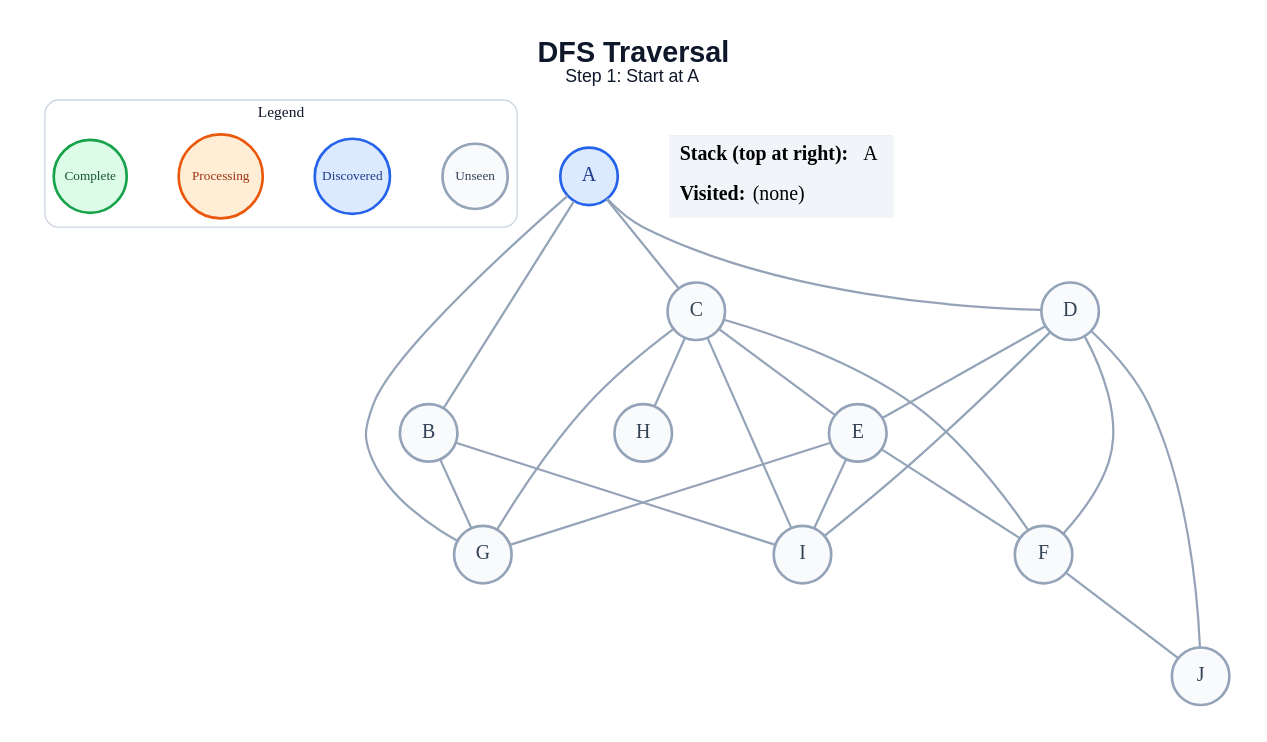
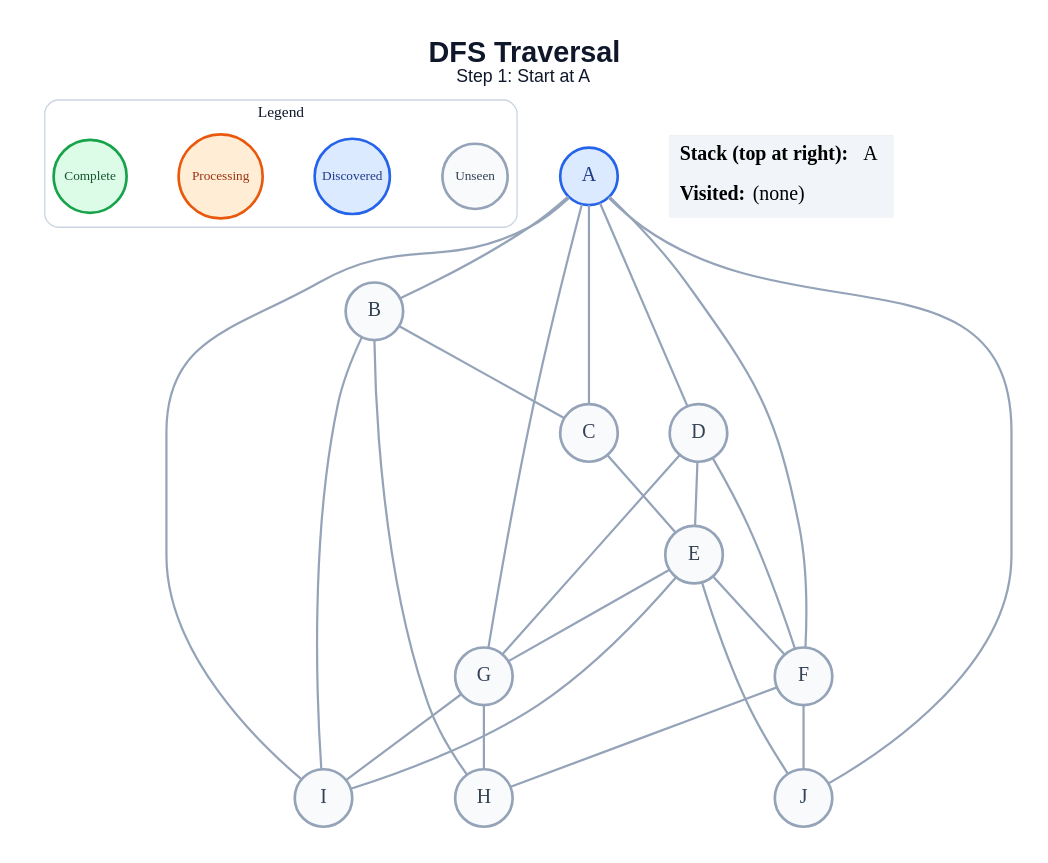
One commit to anon7238593-create/ai-slop changed the diagram in generated/dfs/step_01.dot. Above: the diagram before and after it, drawn with Graphviz. The commit also changed 178 other files, not shown here.

```diff
--- a/generated/dfs/step_01.dot
+++ b/generated/dfs/step_01.dot
@@ -1,48 +1,51 @@
 graph traversal {
   graph [layout=dot, rankdir=TB, bgcolor="#FFFFFF", pad="0.35", nodesep="0.65", ranksep="0.8", fontname="Arial"];
   node [shape=circle, style="filled", fontname="Arial Bold", fontsize=18, width=0.72, fixedsize=true, penwidth=2.4];
   edge [color="#94A3B8", penwidth=2.0];
   label=<<B>DFS Traversal</B><BR/><FONT POINT-SIZE="16">Step 1: Start at A</FONT>>; labelloc="t"; fontsize=26; fontname="Arial"; fontcolor="#0F172A";
   subgraph cluster_legend { label="Legend"; color="#CBD5E1"; penwidth=1.2; style="rounded"; fontsize=14; fontname="Arial Bold";
     key_unseen [label="Unseen", fillcolor="#F8FAFC", color="#94A3B8", fontcolor="#334155", fontsize=12, width=0.82];
     key_frontier [label="Discovered", fillcolor="#DBEAFE", color="#2563EB", fontcolor="#1E3A8A", fontsize=12, width=0.95];
     key_current [label="Processing", fillcolor="#FFEDD5", color="#EA580C", fontcolor="#9A3412", fontsize=12, width=1.05];
     key_done [label="Complete", fillcolor="#DCFCE7", color="#16A34A", fontcolor="#14532D", fontsize=12, width=0.92];
     { rank=same; key_unseen; key_frontier; key_current; key_done; }
   }
   A [fillcolor="#DBEAFE", color="#2563EB", fontcolor="#1E3A8A"];
   B [fillcolor="#F8FAFC", color="#94A3B8", fontcolor="#334155"];
   C [fillcolor="#F8FAFC", color="#94A3B8", fontcolor="#334155"];
   D [fillcolor="#F8FAFC", color="#94A3B8", fontcolor="#334155"];
   E [fillcolor="#F8FAFC", color="#94A3B8", fontcolor="#334155"];
   F [fillcolor="#F8FAFC", color="#94A3B8", fontcolor="#334155"];
   G [fillcolor="#F8FAFC", color="#94A3B8", fontcolor="#334155"];
   H [fillcolor="#F8FAFC", color="#94A3B8", fontcolor="#334155"];
   I [fillcolor="#F8FAFC", color="#94A3B8", fontcolor="#334155"];
   J [fillcolor="#F8FAFC", color="#94A3B8", fontcolor="#334155"];
   A -- B;
   A -- C;
   A -- D;
+  A -- F;
   A -- G;
-  B -- G;
+  A -- I;
+  A -- J;
+  B -- C;
+  B -- H;
   B -- I;
   C -- E;
-  C -- F;
-  C -- G;
-  C -- H;
-  C -- I;
   D -- E;
   D -- F;
-  D -- I;
-  D -- J;
+  D -- G;
   E -- F;
   E -- G;
   E -- I;
+  E -- J;
+  F -- H;
   F -- J;
+  G -- H;
+  G -- I;
   status [shape=plain, fixedsize=false, width=0, height=0, margin=0, label=<
     <TABLE BORDER="0" CELLBORDER="0" CELLPADDING="7" BGCOLOR="#F1F5F9">
       <TR><TD ALIGN="LEFT"><B>Stack (top at right):</B> A</TD></TR>
       <TR><TD ALIGN="LEFT"><B>Visited:</B> (none)</TD></TR>
     </TABLE>
   >];
 }
```
